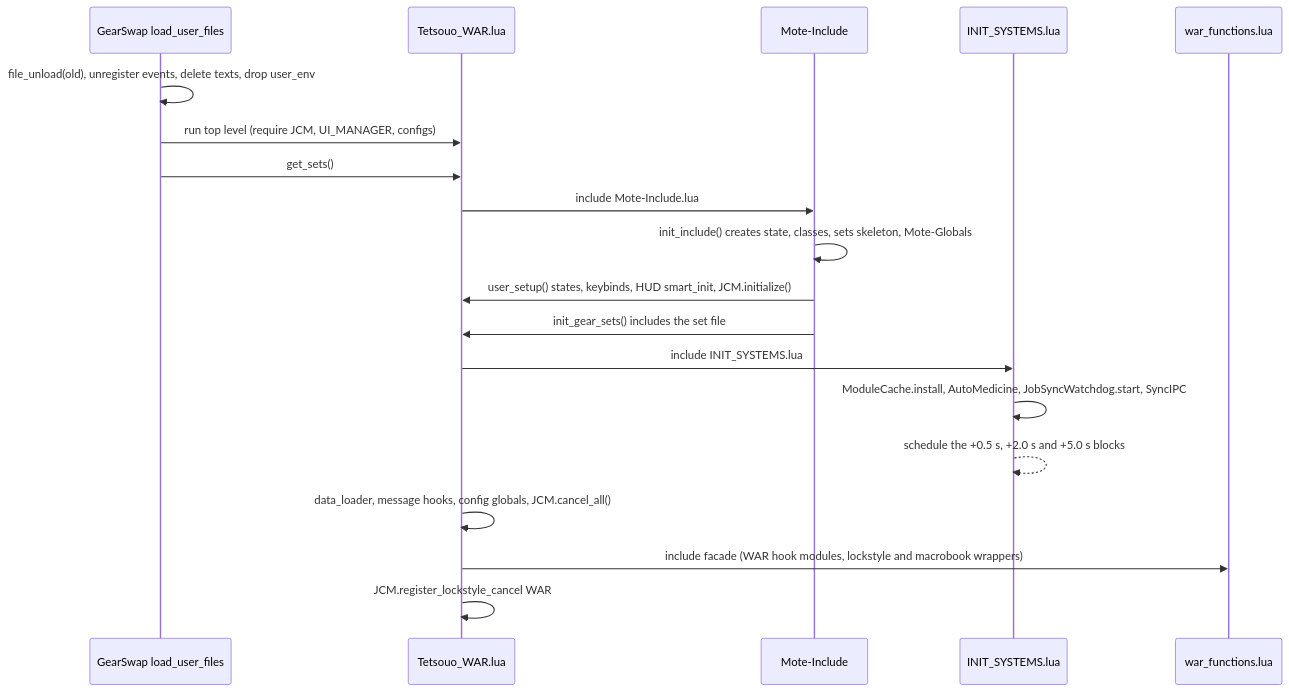
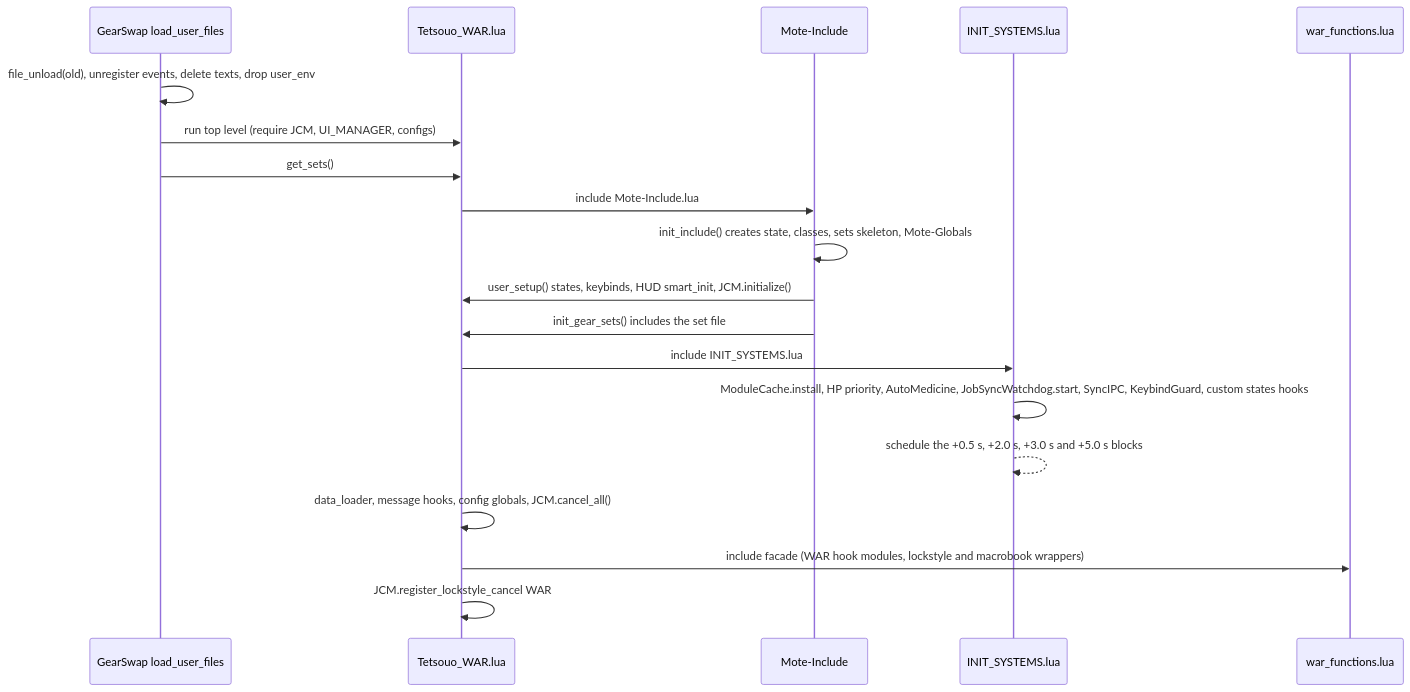
One commit to ejouanchicot/Gearswap changed the first of 3 diagrams in docs/dev/systems/core-lifecycle.md. Above: the diagram before and after it, drawn with Mermaid. The commit also changed other lines of this file and 81 other files, not shown here.

````diff
--- a/docs/dev/systems/core-lifecycle.md
+++ b/docs/dev/systems/core-lifecycle.md
@@ -59,21 +60,21 @@
 ```mermaid
 sequenceDiagram
     participant GS as GearSwap load_user_files
     participant Entry as Tetsouo_WAR.lua
     participant Mote as Mote-Include
     participant Init as INIT_SYSTEMS.lua
     participant Facade as war_functions.lua
     GS->>GS: file_unload(old), unregister events, delete texts, drop user_env
     GS->>Entry: run top level (require JCM, UI_MANAGER, configs)
     GS->>Entry: get_sets()
     Entry->>Mote: include Mote-Include.lua
     Mote->>Mote: init_include() creates state, classes, sets skeleton, Mote-Globals
     Mote->>Entry: user_setup() states, keybinds, HUD smart_init, JCM.initialize()
     Mote->>Entry: init_gear_sets() includes the set file
     Entry->>Init: include INIT_SYSTEMS.lua
-    Init->>Init: ModuleCache.install, AutoMedicine, JobSyncWatchdog.start, SyncIPC
-    Init-->>Init: schedule the +0.5 s, +2.0 s and +5.0 s blocks
+    Init->>Init: ModuleCache.install, HP priority, AutoMedicine, JobSyncWatchdog.start, SyncIPC, KeybindGuard, custom states hooks
+    Init-->>Init: schedule the +0.5 s, +2.0 s, +3.0 s and +5.0 s blocks
     Entry->>Entry: data_loader, message hooks, config globals, JCM.cancel_all()
     Entry->>Facade: include facade (WAR hook modules, lockstyle and macrobook wrappers)
     Entry->>Entry: JCM.register_lockstyle_cancel WAR
 ```
````
